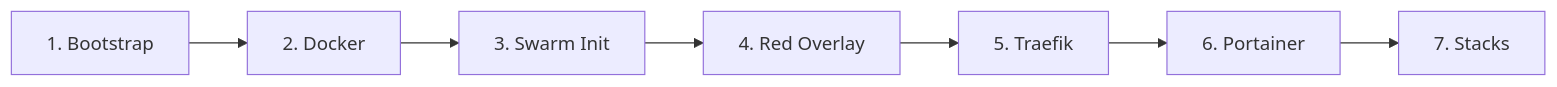
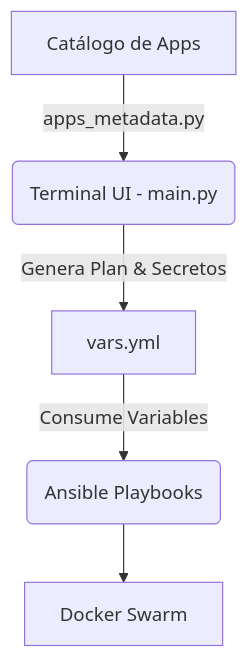
One commit to franRestrpo/syntalix-orion changed the diagram in README.md. Above: the diagram before and after it, drawn with Mermaid. The commit also changed other lines of this file and 64 other files, not shown here.

````diff
--- a/README.md
+++ b/README.md
@@ -147,9 +65,7 @@
 ```mermaid
-flowchart LR
-    A[1. Bootstrap] --> B[2. Docker]
-    B --> C[3. Swarm Init]
-    C --> D[4. Red Overlay]
-    D --> E[5. Traefik]
-    E --> F[6. Portainer]
-    F --> G[7. Stacks]
+flowchart TD
+    A[Catálogo de Apps] -->|apps_metadata.py| B(Terminal UI - main.py)
+    B -->|Genera Plan & Secretos| C[vars.yml]
+    C -->|Consume Variables| D(Ansible Playbooks)
+    D --> E[Docker Swarm]
 ```
````
